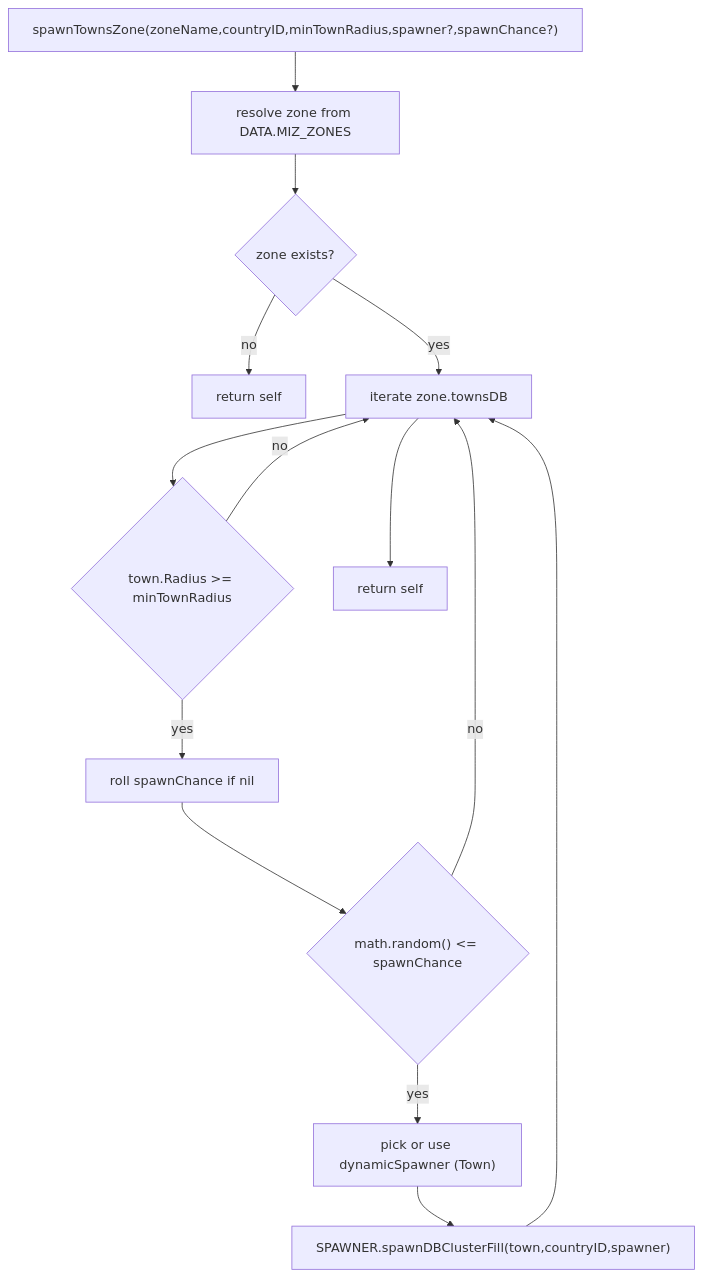
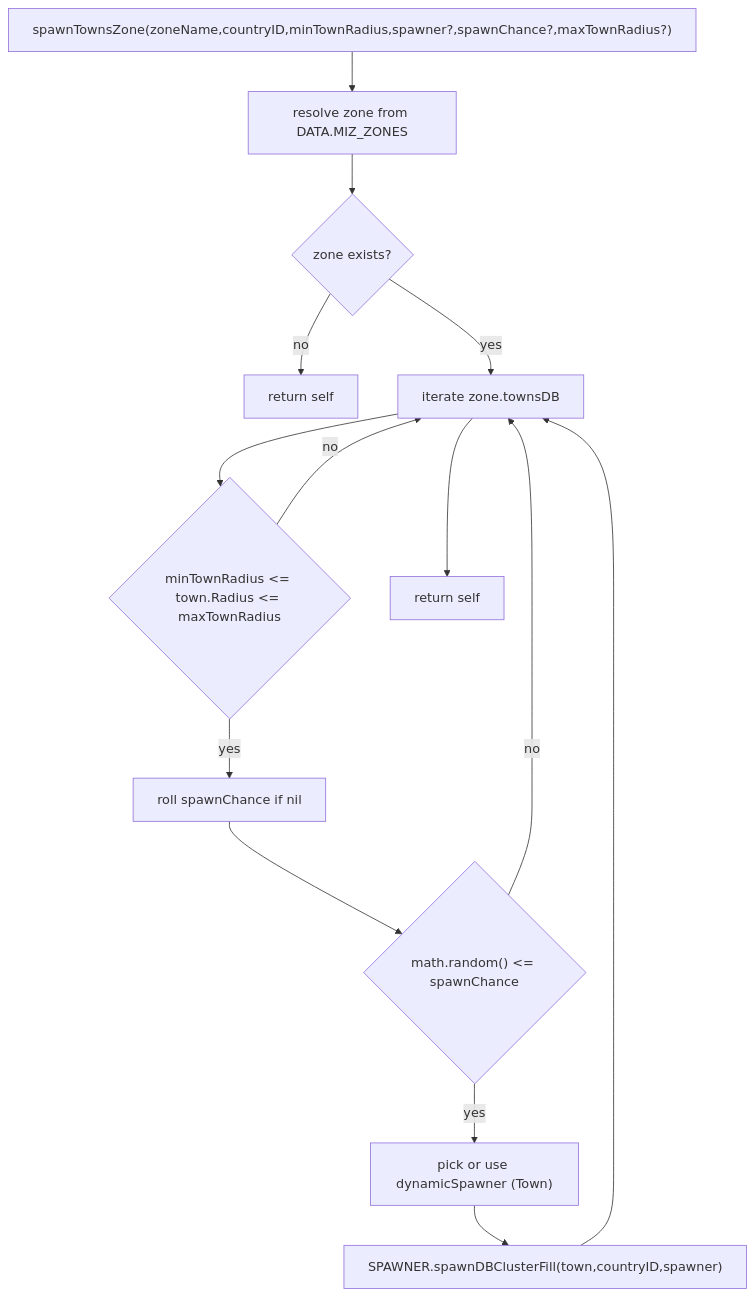
Before and after one commit to Gh0st352/AETHR: the first of 4 diagrams in docs/zone_manager/towns.md, drawn with Mermaid. The commit also changed other lines of this file and 2 other files, not shown here.

First line of the commit message:
feat(zone-manager): add maxTownRadius filter and circle spawn

````diff
--- a/docs/zone_manager/towns.md
+++ b/docs/zone_manager/towns.md
@@ -24,21 +25,21 @@
 ```mermaid
 %% shared theme: docs/_mermaid/theme.json %%
 flowchart TD
-  ST1["spawnTownsZone(zoneName,countryID,minTownRadius,spawner?,spawnChance?)"] --> ST2["resolve zone from DATA.MIZ_ZONES"]
+  ST1["spawnTownsZone(zoneName,countryID,minTownRadius,spawner?,spawnChance?,maxTownRadius?)"] --> ST2["resolve zone from DATA.MIZ_ZONES"]
   ST2 --> ST3{zone exists?}
   ST3 -- "no" --> STX[return self]
   ST3 -- "yes" --> ST4[iterate zone.townsDB]
-  ST4 --> ST5{town.Radius >= minTownRadius}
+  ST4 --> ST5{"minTownRadius <= town.Radius <= maxTownRadius"}
   ST5 -- "no" --> ST4
   ST5 -- "yes" --> ST6[roll spawnChance if nil]
   ST6 --> ST7{"math.random() <= spawnChance"}
   ST7 -- "no" --> ST4
   ST7 -- "yes" --> ST8["pick or use dynamicSpawner (Town)"]
   ST8 --> ST9["SPAWNER.spawnDBClusterFill(town,countryID,spawner)"]
   ST9 --> ST4
   ST4 --> ST10[return self]
   class ST2,ST4,ST8 class_compute;
   class ST3,ST5,ST7 class_decision;
   class ST1,ST6,ST9 class_step;
   class STX,ST10 class_result;
 ```
````
